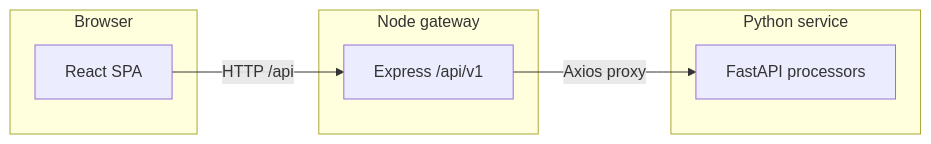
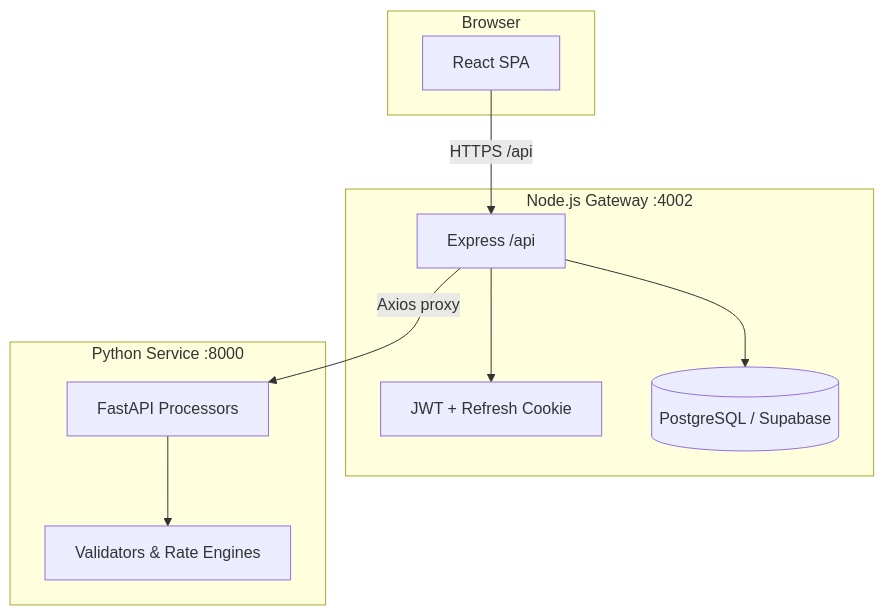
The first of 2 diagrams in README.md (manikantamyadarapu/audit_platform), drawn with Mermaid before and after one commit. The commit also changed other lines of this file and 21 other files, not shown here.

````diff
--- a/README.md
+++ b/README.md
@@ -42,14 +17,20 @@
 ```mermaid
-flowchart LR
-  subgraph browser [Browser]
-    FE[React SPA]
+flowchart TB
+  subgraph client [Browser]
+    UI[React SPA]
   end
-  subgraph node [Node gateway]
-    API[Express /api/v1]
+  subgraph node [Node.js Gateway :4002]
+    API[Express /api]
+    Auth[JWT + Refresh Cookie]
+    DB[(PostgreSQL / Supabase)]
   end
-  subgraph py [Python service]
-    PY[FastAPI processors]
+  subgraph py [Python Service :8000]
+    ENG[FastAPI Processors]
+    VAL[Validators & Rate Engines]
   end
-  FE -->|HTTP /api| API
-  API -->|Axios proxy| PY
+  UI -->|HTTPS /api| API
+  API --> Auth
+  API --> DB
+  API -->|Axios proxy| ENG
+  ENG --> VAL
 ```
````
